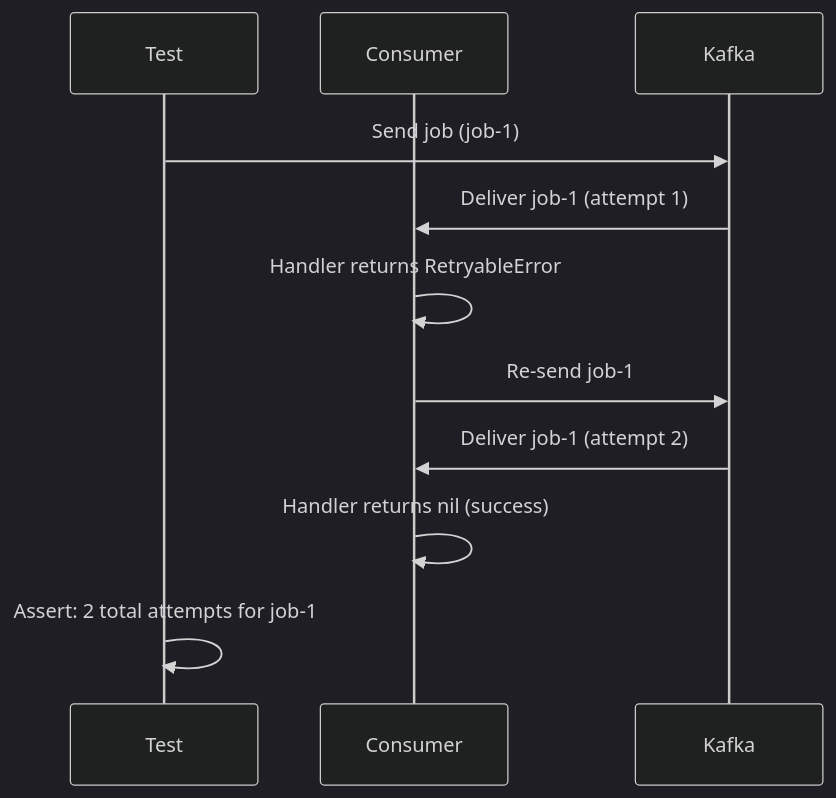
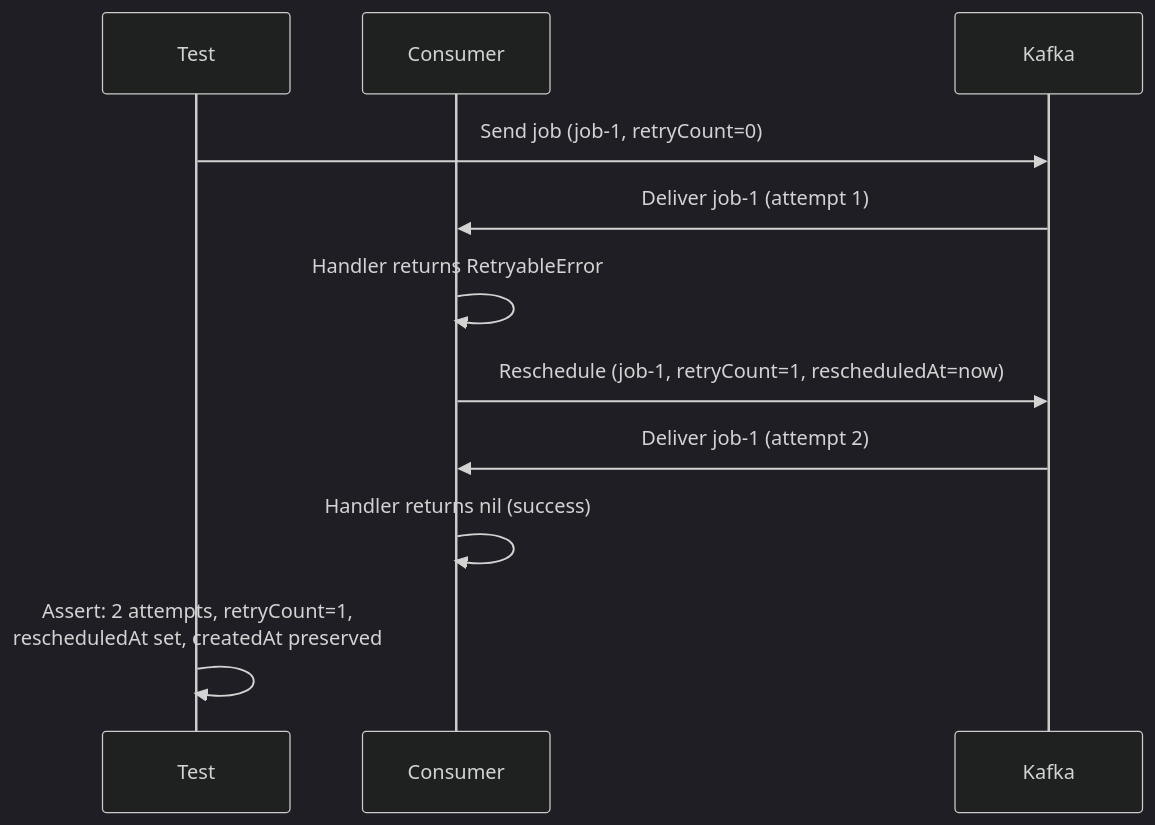
Diagram 11 of 11 in kafka/README.md (matmazurk/oidc-keepie), drawn with Mermaid (dark theme) before and after one commit. The commit also changed other lines of this file and 5 other files, not shown here.

````diff
--- a/kafka/README.md
+++ b/kafka/README.md
@@ -276,14 +283,14 @@
 ```mermaid
 sequenceDiagram
     participant Test
     participant Consumer
     participant Kafka
 
-    Test->>Kafka: Send job (job-1)
+    Test->>Kafka: Send job (job-1, retryCount=0)
     Kafka->>Consumer: Deliver job-1 (attempt 1)
     Consumer->>Consumer: Handler returns RetryableError
-    Consumer->>Kafka: Re-send job-1
+    Consumer->>Kafka: Reschedule (job-1, retryCount=1, rescheduledAt=now)
     Kafka->>Consumer: Deliver job-1 (attempt 2)
     Consumer->>Consumer: Handler returns nil (success)
-    Test->>Test: Assert: 2 total attempts for job-1
+    Test->>Test: Assert: 2 attempts, retryCount=1,<br/>rescheduledAt set, createdAt preserved
 ```
````
